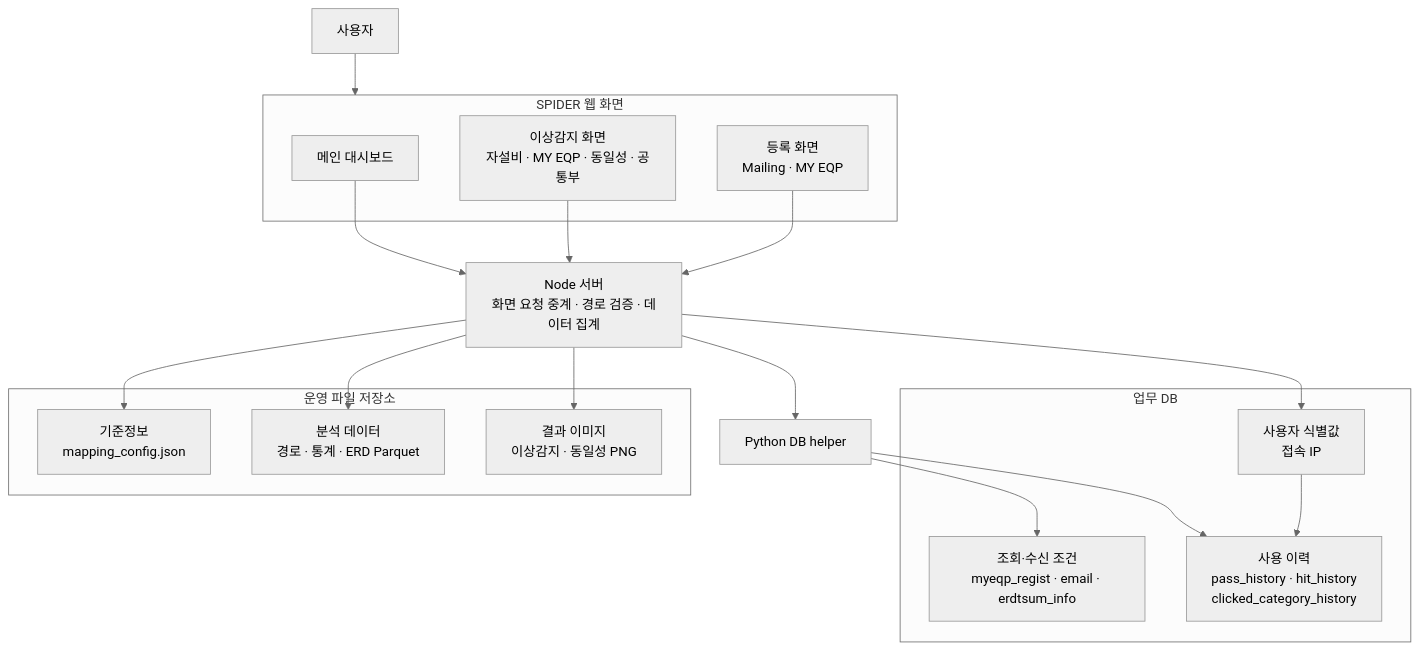
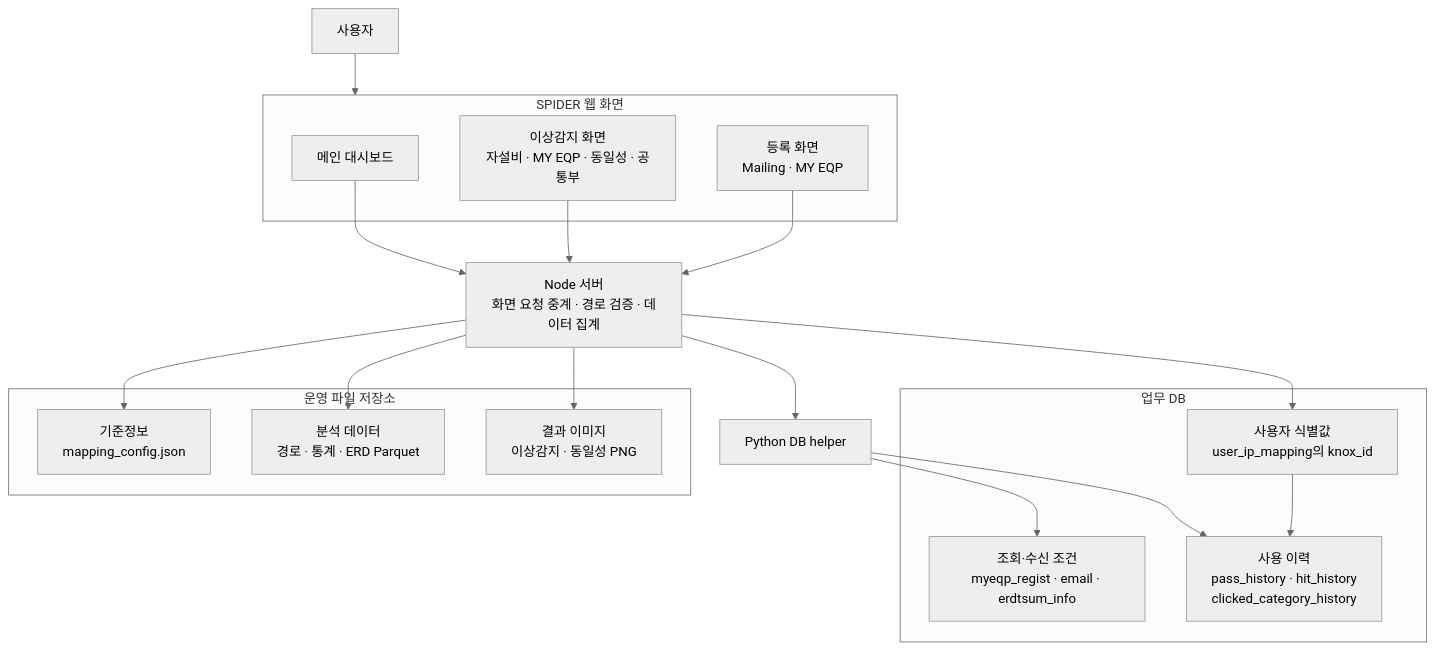
Before and after one commit to mlbarod/l0_spider_scs: the first of 12 diagrams in web_structure.md, drawn with Mermaid (neutral theme). The commit also changed other lines of this file and 20 other files, not shown here.

````diff
--- a/web_structure.md
+++ b/web_structure.md
@@ -18,41 +18,41 @@
 ```mermaid
 flowchart TB
     USER["사용자"]
 
     subgraph WEB["SPIDER 웹 화면"]
         MAIN["메인 대시보드"]
         ANOMALY["이상감지 화면<br/>자설비 · MY EQP · 동일성 · 공통부"]
         REGISTER["등록 화면<br/>Mailing · MY EQP"]
     end
 
     SERVER["Node 서버<br/>화면 요청 중계 · 경로 검증 · 데이터 집계"]
 
     subgraph STORAGE["운영 파일 저장소"]
         CONFIG["기준정보<br/>mapping_config.json"]
         PARQUET["분석 데이터<br/>경로 · 통계 · ERD Parquet"]
         IMAGE["결과 이미지<br/>이상감지 · 동일성 PNG"]
     end
 
     PYTHON["Python DB helper"]
 
     subgraph DATABASE["업무 DB"]
-        CLIENTIP["사용자 식별값<br/>접속 IP"]
+        CLIENTIP["사용자 식별값<br/>user_ip_mapping의 knox_id"]
         CONDITION["조회·수신 조건<br/>myeqp_regist · email · erdtsum_info"]
         HISTORY["사용 이력<br/>pass_history · hit_history<br/>clicked_category_history"]
     end
 
     USER --> WEB
     MAIN --> SERVER
     ANOMALY --> SERVER
     REGISTER --> SERVER
 
     SERVER --> CONFIG
     SERVER --> PARQUET
     SERVER --> IMAGE
     SERVER --> PYTHON
 
     SERVER --> CLIENTIP
     CLIENTIP --> HISTORY
     PYTHON --> CONDITION
     PYTHON --> HISTORY
 ```
````
